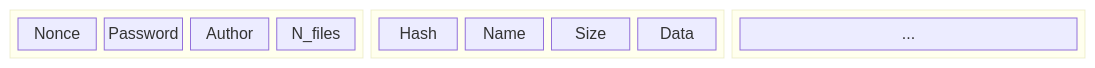
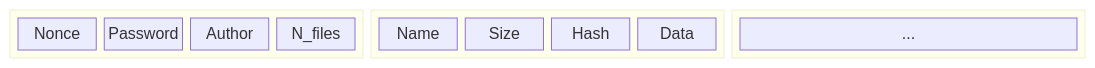
One commit to diogoftm/TPDV changed the second of 2 diagrams in docs/report.md. Above: the diagram before and after it, drawn with Mermaid. The commit also changed other lines of this file and 4 other files, not shown here.

````diff
--- a/docs/report.md
+++ b/docs/report.md
@@ -59,18 +445,18 @@
 ```mermaid
 block-beta
     block
         Nonce
         Password
         Author
         N_files
     end
     block
-      Hash
       Name
       Size
+      Hash
       Data
     end
     block
       ...
     end
 ```
````
